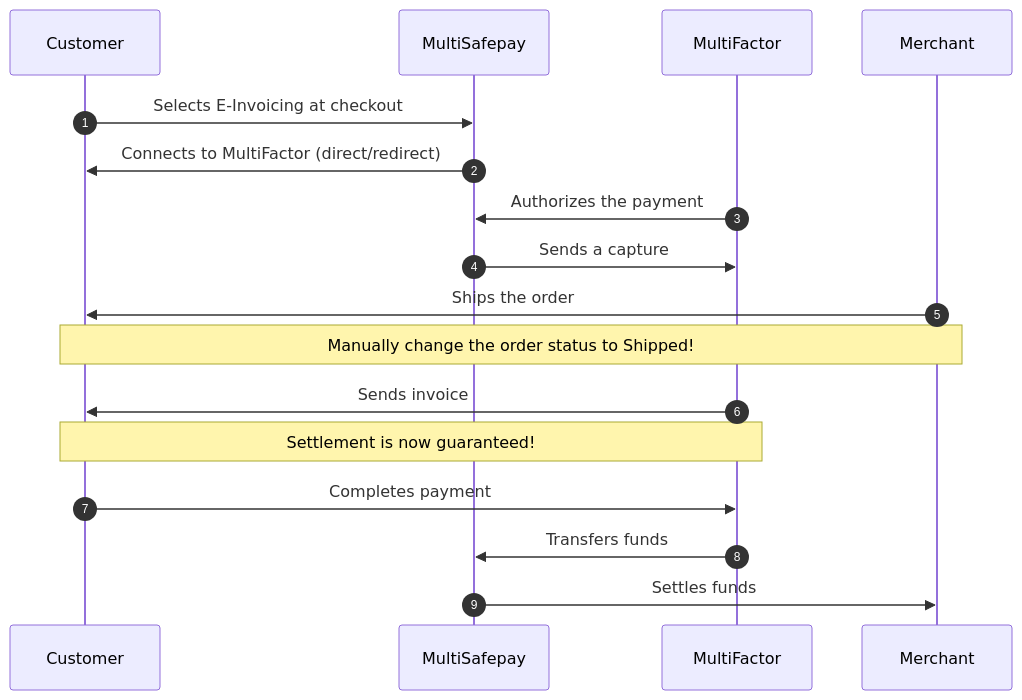
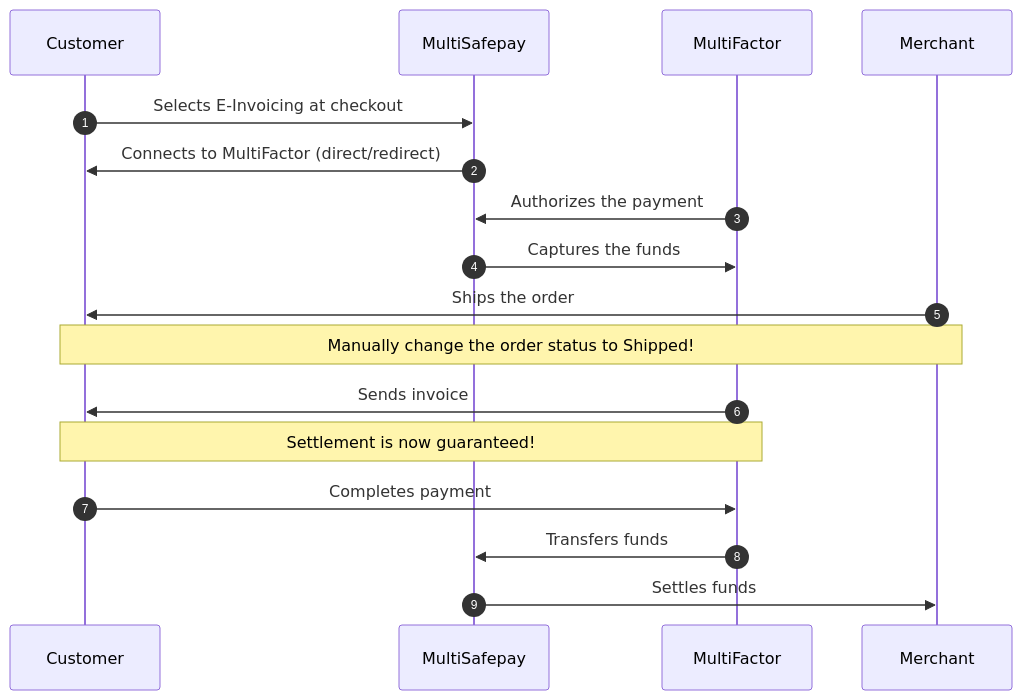
The diagram in content/payments/methods/pay-later/e-invoicing/payment-flow.md (MultiSafepay/docs), drawn with Mermaid before and after one commit. The commit also changed other lines of this file and 5 other files, not shown here.

```diff
--- a/content/payments/methods/pay-later/e-invoicing/payment-flow.md
+++ b/content/payments/methods/pay-later/e-invoicing/payment-flow.md
@@ -15,22 +15,22 @@
 {{< mermaid class="text-center" >}}
 
 sequenceDiagram
     autonumber
     participant C as Customer
     participant Mu as MultiSafepay
     participant MF as MultiFactor
     participant Me as Merchant
 
     C->>Mu: Selects E-Invoicing at checkout
     Mu->>C: Connects to MultiFactor (direct/redirect)
     MF->>Mu: Authorizes the payment
-    Mu->>MF: Sends a capture
+    Mu->>MF: Captures the funds
     Me->>C: Ships the order
     Note over Me,C: Manually change the order status to Shipped! 
     MF->>C: Sends invoice 
     Note over MF,C: Settlement is now guaranteed!
     C->>MF: Completes payment 
     MF->>Mu: Transfers funds 
     Mu->>Me: Settles funds
 
 {{< /mermaid >}}
```
